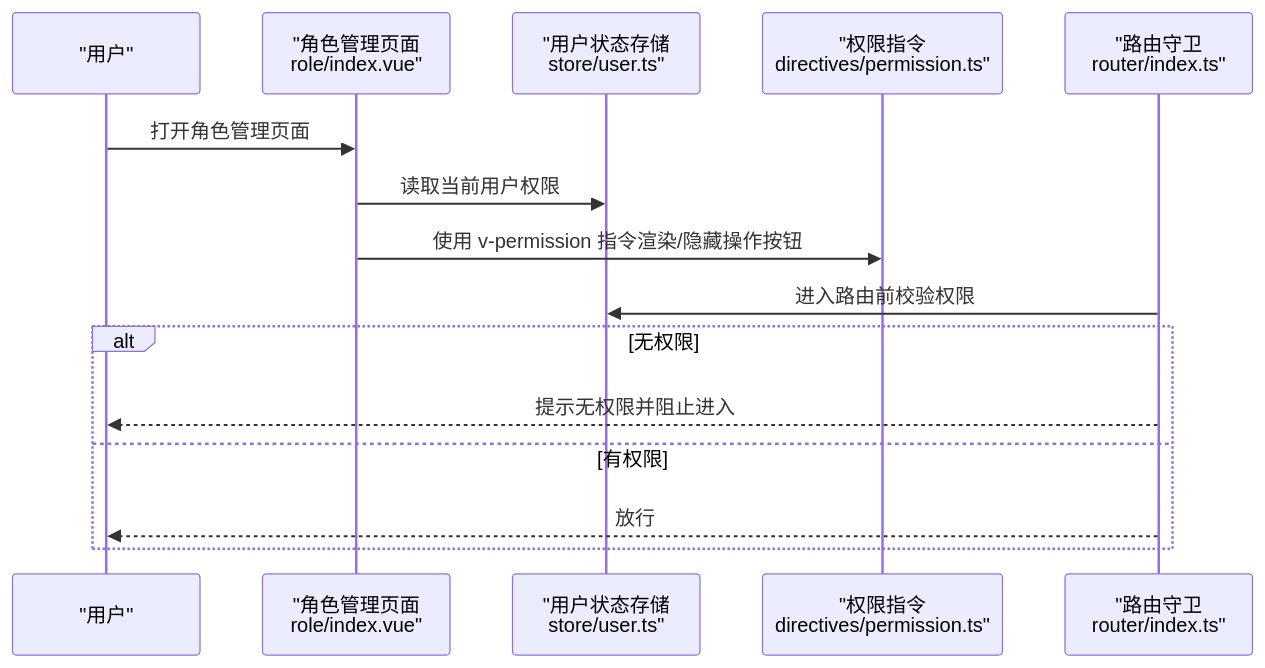
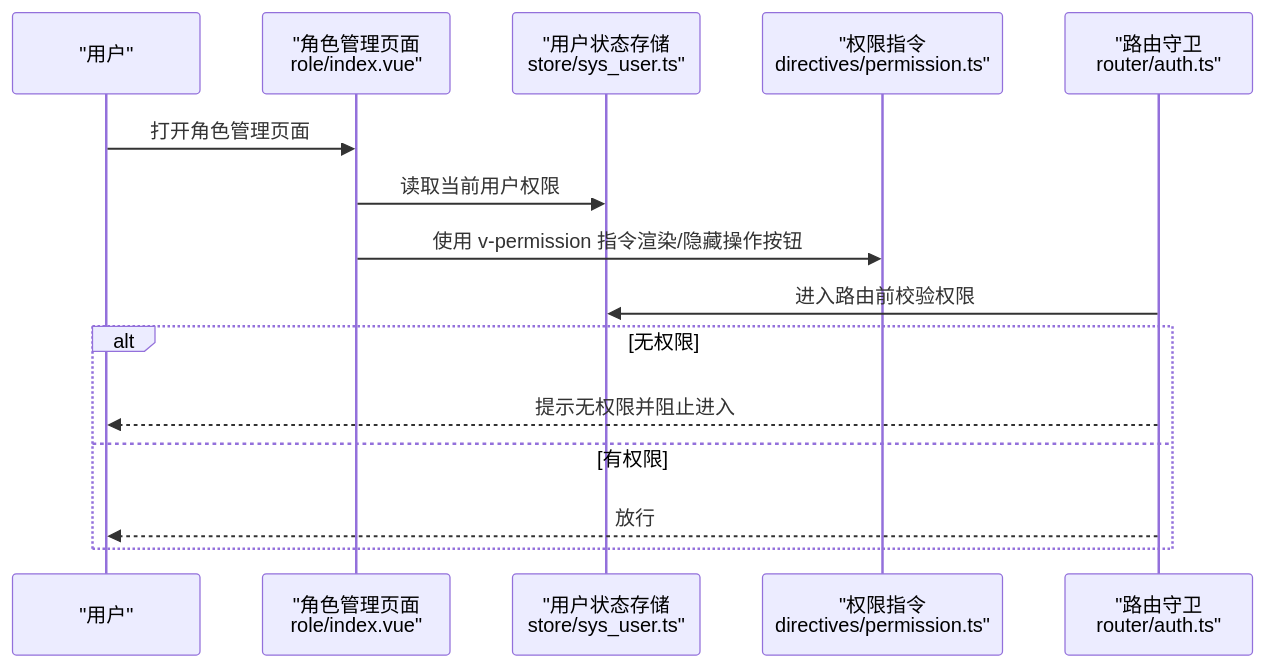
One commit to qiseyun/vue-ts-admin changed the second of 7 diagrams in .qoder/repowiki/zh/content/系统管理模块/角色管理.md. Above: the diagram before and after it, drawn with Mermaid. The commit also changed other lines of this file and 42 other files, not shown here.

````diff
--- a/.qoder/repowiki/zh/content/系统管理模块/角色管理.md
+++ b/.qoder/repowiki/zh/content/系统管理模块/角色管理.md
@@ -130,17 +130,17 @@
 ```mermaid
 sequenceDiagram
 participant U as "用户"
 participant V as "角色管理页面<br/>role/index.vue"
-participant S as "用户状态存储<br/>store/user.ts"
+participant S as "用户状态存储<br/>store/sys_user.ts"
 participant D as "权限指令<br/>directives/permission.ts"
-participant R as "路由守卫<br/>router/index.ts"
+participant R as "路由守卫<br/>router/auth.ts"
 U->>V : 打开角色管理页面
 V->>S : 读取当前用户权限
 V->>D : 使用 v-permission 指令渲染/隐藏操作按钮
 R->>S : 进入路由前校验权限
 alt 无权限
 R-->>U : 提示无权限并阻止进入
 else 有权限
 R-->>U : 放行
 end
 ```
````
